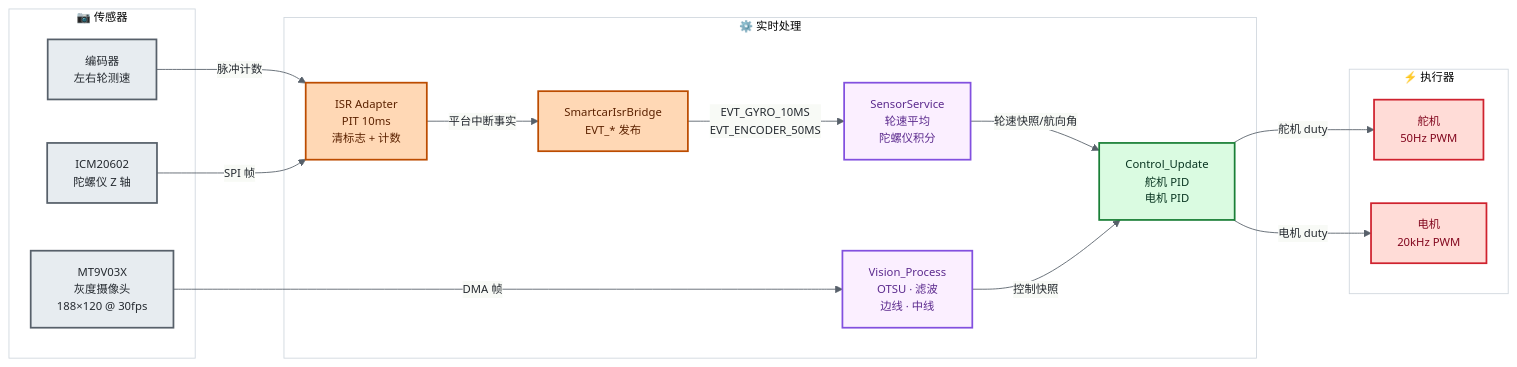
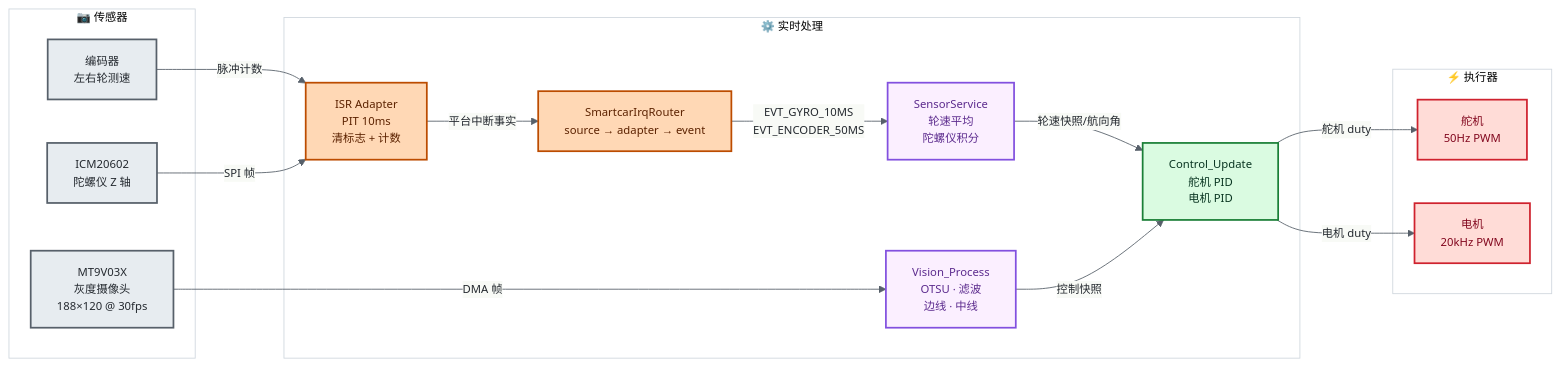
One commit to ParacosmYy/GS_Smart_car changed the second of 3 diagrams in README.md. Above: the diagram before and after it, drawn with Mermaid. The commit also changed other lines of this file and 5 other files, not shown here.

````diff
--- a/README.md
+++ b/README.md
@@ -104,38 +104,38 @@
 ```mermaid
 %%{init: {'theme':'base','themeVariables':{'primaryColor':'#f6f8fa','primaryTextColor':'#24292f','primaryBorderColor':'#d0d7de','lineColor':'#57606a','fontSize':'13px','fontFamily':'ui-sans-serif,system-ui,-apple-system,Segoe UI,Helvetica,Arial,sans-serif','clusterBkg':'#ffffff','clusterBorder':'#d0d7de'}}}%%
 flowchart LR
     classDef sensor  fill:#e7ecf0,stroke:#57606a,stroke-width:2px,color:#24292f
     classDef isr     fill:#ffd8b5,stroke:#bc4c00,stroke-width:2px,color:#5c2200
     classDef vision  fill:#fbefff,stroke:#8250df,stroke-width:2px,color:#5c2b8e
     classDef control fill:#dafbe1,stroke:#1a7f37,stroke-width:2px,color:#0a3622
     classDef actOut  fill:#ffdcd7,stroke:#cf222e,stroke-width:2px,color:#82071e
 
     subgraph SENS[" 📷 传感器 "]
         CAM["MT9V03X<br/>灰度摄像头<br/>188×120 @ 30fps"]:::sensor
         ENC["编码器<br/>左右轮测速"]:::sensor
         GYRO["ICM20602<br/>陀螺仪 Z 轴"]:::sensor
     end
 
     subgraph PROC[" ⚙️ 实时处理 "]
         ISR["ISR Adapter<br/>PIT 10ms<br/>清标志 + 计数"]:::isr
-        BRIDGE["SmartcarIsrBridge<br/>EVT_* 发布"]:::isr
+        BRIDGE["SmartcarIrqRouter<br/>source → adapter → event"]:::isr
         SENSOR["SensorService<br/>轮速平均<br/>陀螺仪积分"]:::vision
         VISION["Vision_Process<br/>OTSU · 滤波<br/>边线 · 中线"]:::vision
         CONTROL["Control_Update<br/>舵机 PID<br/>电机 PID"]:::control
     end
 
     subgraph ACT[" ⚡ 执行器 "]
         SERVO["舵机<br/>50Hz PWM"]:::actOut
         MOTOR["电机<br/>20kHz PWM"]:::actOut
     end
 
     CAM    -->|DMA 帧| VISION
     ENC    -->|脉冲计数| ISR
     GYRO   -->|SPI 帧| ISR
     ISR    -->|平台中断事实| BRIDGE
     BRIDGE -->|EVT_GYRO_10MS<br/>EVT_ENCODER_50MS| SENSOR
     SENSOR -->|轮速快照/航向角| CONTROL
     VISION -->|控制快照| CONTROL
     CONTROL -->|舵机 duty| SERVO
     CONTROL -->|电机 duty| MOTOR
 ```
````
